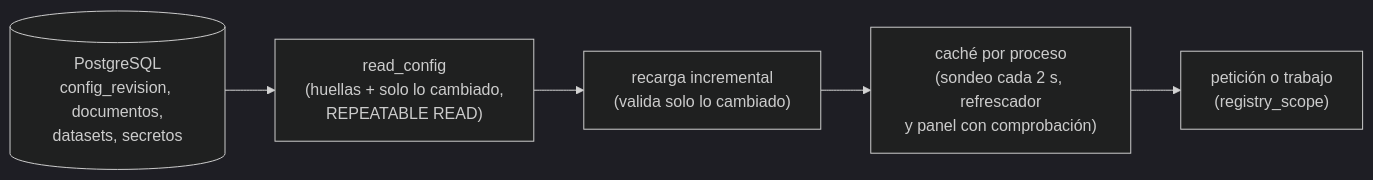
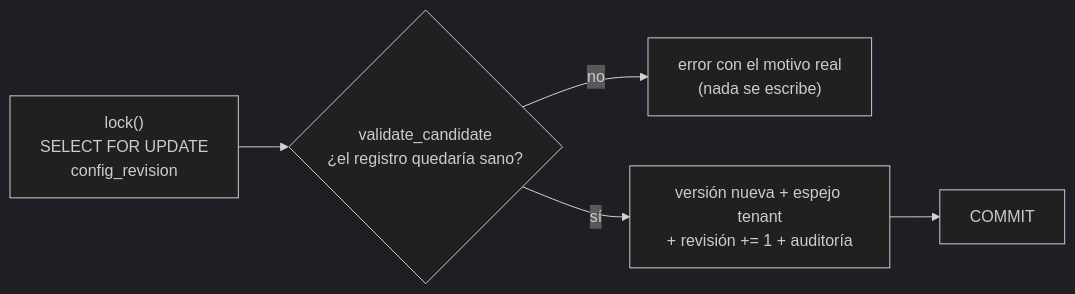
Before and after one commit to MarianodelRio/autobot: the second of 3 diagrams in docs/arquitectura/config-y-registro.md, drawn with Mermaid (dark theme). The commit also changed other lines of this file and 74 other files, not shown here.

````diff
--- a/docs/arquitectura/config-y-registro.md
+++ b/docs/arquitectura/config-y-registro.md
@@ -89,9 +102,7 @@
 ```mermaid
 flowchart LR
-    DB[("PostgreSQL<br/>config_revision, documentos,<br/>datasets, secretos")]
-    S["read_config<br/>(huellas + solo lo cambiado,<br/>REPEATABLE READ)"]
-    R["recarga incremental<br/>(valida solo lo cambiado)"]
-    C["caché por proceso<br/>(sondeo cada 2 s, refrescador<br/>y panel con comprobación)"]
-    U["petición o trabajo<br/>(registry_scope)"]
-    DB --> S --> R --> C --> U
+    L["lock()<br/>SELECT FOR UPDATE<br/>config_revision"] --> V{"validate_candidate<br/>¿el registro quedaría sano?"}
+    V -->|no| X["error con el motivo real<br/>(nada se escribe)"]
+    V -->|sí| W["versión nueva + espejo tenant<br/>+ revisión += 1 + auditoría"]
+    W --> C["COMMIT"]
 ```
````
